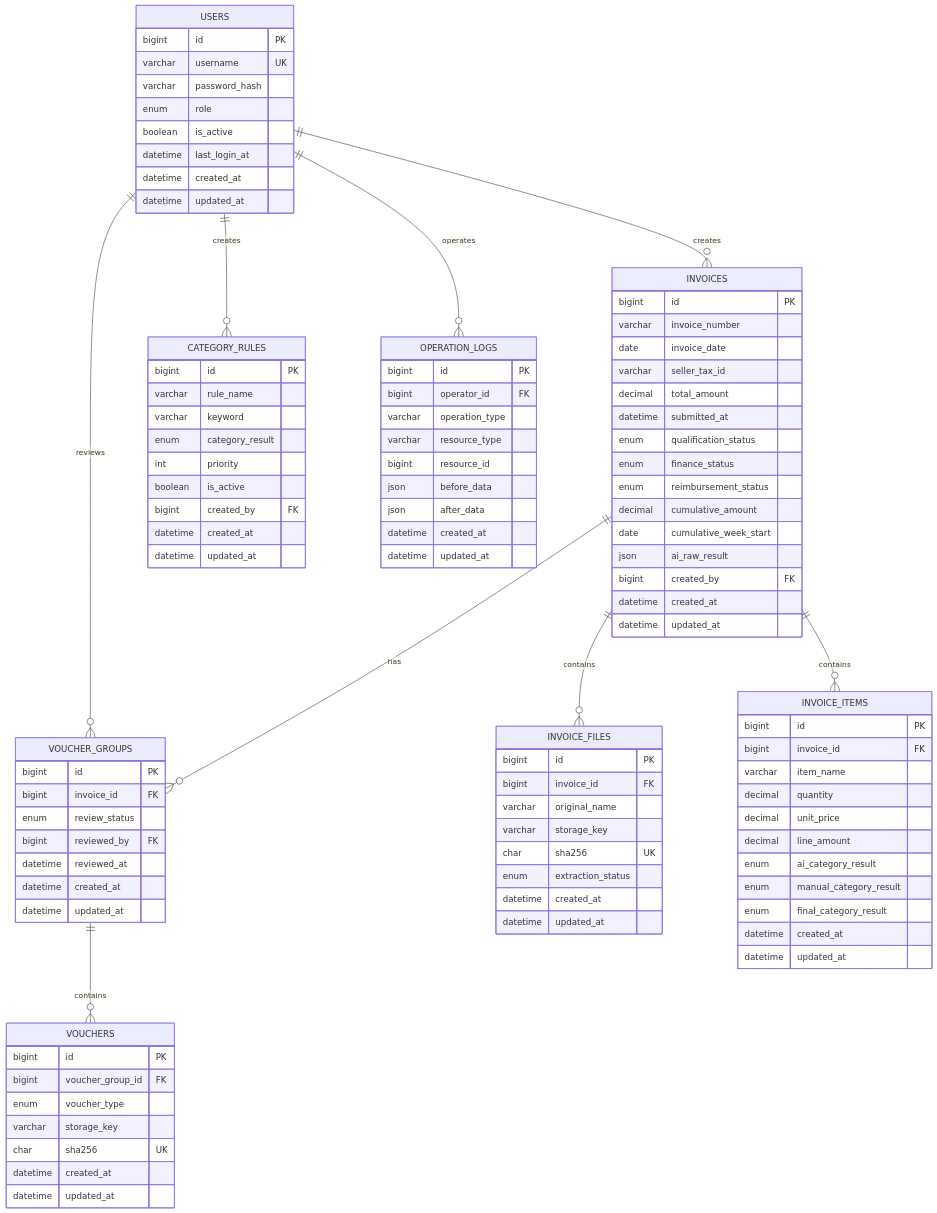
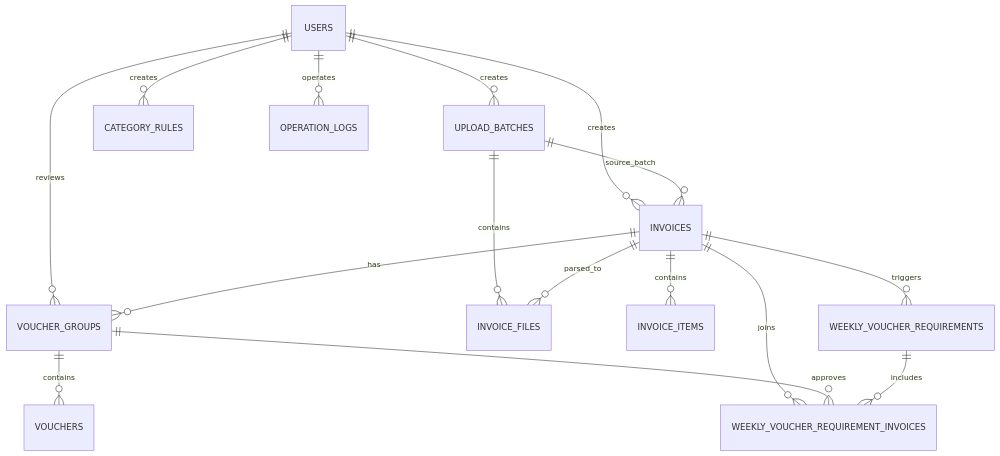
The diagram in docs/database.md (L-Mqq/Invoice-Pre-Audit-Platform), drawn with Mermaid before and after one commit. The commit also changed other lines of this file and 460 other files, not shown here.

````diff
--- a/docs/database.md
+++ b/docs/database.md
@@ -7,102 +9,20 @@
 ```mermaid
 erDiagram
+    USERS ||--o{ UPLOAD_BATCHES : creates
     USERS ||--o{ INVOICES : creates
     USERS ||--o{ CATEGORY_RULES : creates
     USERS ||--o{ VOUCHER_GROUPS : reviews
     USERS ||--o{ OPERATION_LOGS : operates
-    INVOICES ||--o{ INVOICE_FILES : contains
+
+    UPLOAD_BATCHES ||--o{ INVOICE_FILES : contains
+    UPLOAD_BATCHES ||--o{ INVOICES : source_batch
+    INVOICES ||--o{ INVOICE_FILES : parsed_to
     INVOICES ||--o{ INVOICE_ITEMS : contains
     INVOICES ||--o{ VOUCHER_GROUPS : has
+    INVOICES ||--o{ WEEKLY_VOUCHER_REQUIREMENTS : triggers
+    INVOICES ||--o{ WEEKLY_VOUCHER_REQUIREMENT_INVOICES : joins
+
     VOUCHER_GROUPS ||--o{ VOUCHERS : contains
-
-    USERS {
-        bigint id PK
-        varchar username UK
-        varchar password_hash
-        enum role
-        boolean is_active
-        datetime last_login_at
-        datetime created_at
-        datetime updated_at
-    }
-    CATEGORY_RULES {
-        bigint id PK
-        varchar rule_name
-        varchar keyword
-        enum category_result
-        int priority
-        boolean is_active
-        bigint created_by FK
-        datetime created_at
-        datetime updated_at
-    }
-    INVOICES {
-        bigint id PK
-        varchar invoice_number
-        date invoice_date
-        varchar seller_tax_id
-        decimal total_amount
-        datetime submitted_at
-        enum qualification_status
-        enum finance_status
-        enum reimbursement_status
-        decimal cumulative_amount
-        date cumulative_week_start
-        json ai_raw_result
-        bigint created_by FK
-        datetime created_at
-        datetime updated_at
-    }
-    INVOICE_FILES {
-        bigint id PK
-        bigint invoice_id FK
-        varchar original_name
-        varchar storage_key
-        char sha256 UK
-        enum extraction_status
-        datetime created_at
-        datetime updated_at
-    }
-    INVOICE_ITEMS {
-        bigint id PK
-        bigint invoice_id FK
-        varchar item_name
-        decimal quantity
-        decimal unit_price
-        decimal line_amount
-        enum ai_category_result
-        enum manual_category_result
-        enum final_category_result
-        datetime created_at
-        datetime updated_at
-    }
-    VOUCHER_GROUPS {
-        bigint id PK
-        bigint invoice_id FK
-        enum review_status
-        bigint reviewed_by FK
-        datetime reviewed_at
-        datetime created_at
-        datetime updated_at
-    }
-    VOUCHERS {
-        bigint id PK
-        bigint voucher_group_id FK
-        enum voucher_type
-        varchar storage_key
-        char sha256 UK
-        datetime created_at
-        datetime updated_at
-    }
-    OPERATION_LOGS {
-        bigint id PK
-        bigint operator_id FK
-        varchar operation_type
-        varchar resource_type
-        bigint resource_id
-        json before_data
-        json after_data
-        datetime created_at
-        datetime updated_at
-    }
+    VOUCHER_GROUPS ||--o{ WEEKLY_VOUCHER_REQUIREMENT_INVOICES : approves
+    WEEKLY_VOUCHER_REQUIREMENTS ||--o{ WEEKLY_VOUCHER_REQUIREMENT_INVOICES : includes
 ```
````
